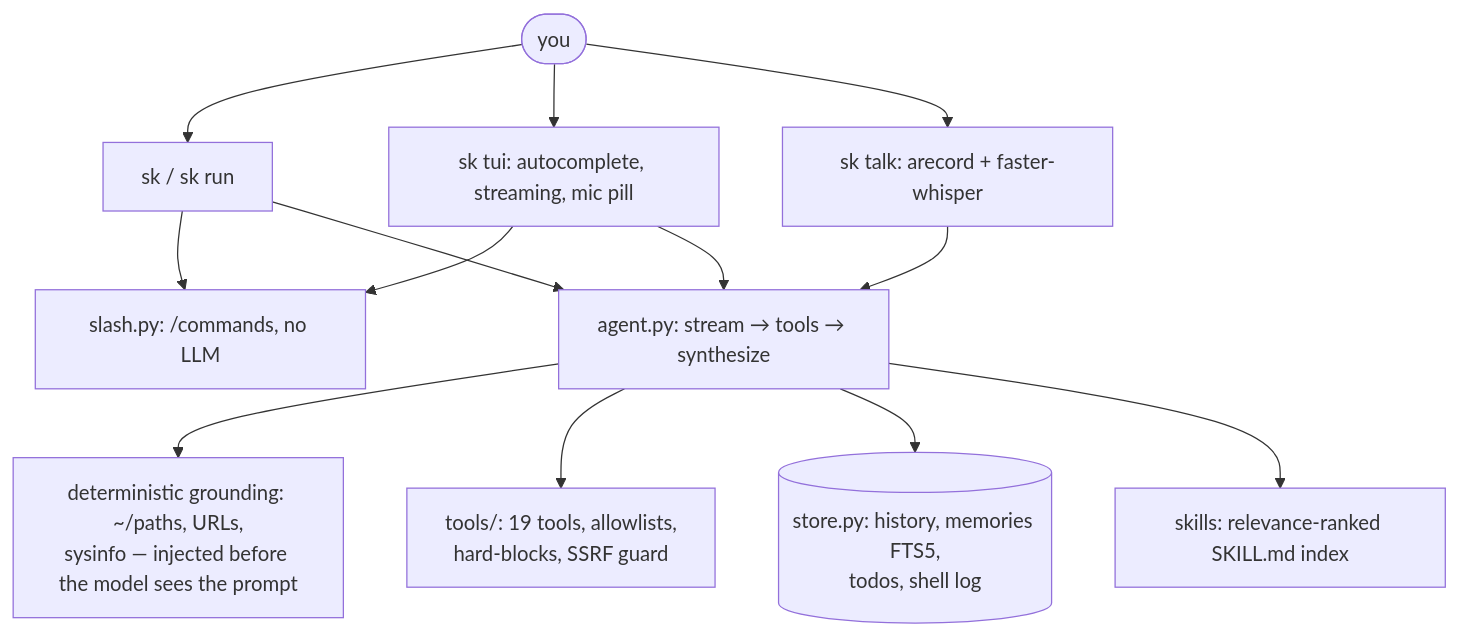
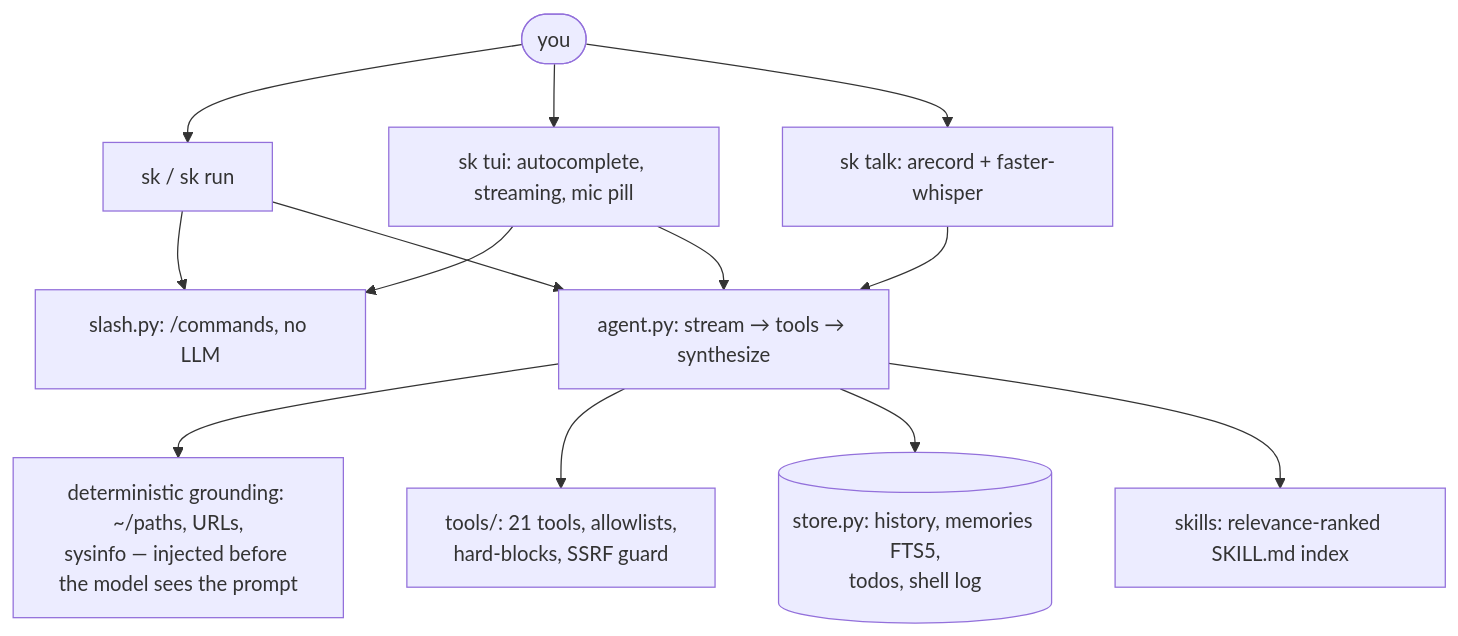
One commit to Faisal-Fayaz/sidekick changed the diagram in README.md. Above: the diagram before and after it, drawn with Mermaid. The commit also changed other lines of this file and 14 other files, not shown here.

````diff
--- a/README.md
+++ b/README.md
@@ -300,15 +305,15 @@
 ```mermaid
 flowchart TB
     U([you]) --> CLI[sk / sk run]
     U --> TUI[sk tui: autocomplete, streaming, mic pill]
     U --> VOICE[sk talk: arecord + faster-whisper]
     CLI --> SLASH[slash.py: /commands, no LLM]
     TUI --> SLASH
     VOICE --> AGENT
     CLI --> AGENT[agent.py: stream → tools → synthesize]
     TUI --> AGENT
     AGENT --> GROUND[deterministic grounding: ~/paths, URLs,\nsysinfo — injected before the model sees the prompt]
-    AGENT --> TOOLS[tools/: 19 tools, allowlists,\nhard-blocks, SSRF guard]
+    AGENT --> TOOLS[tools/: 21 tools, allowlists,\nhard-blocks, SSRF guard]
     AGENT --> MEM[(store.py: history, memories FTS5,\ntodos, shell log)]
     AGENT --> SKILLS[skills: relevance-ranked SKILL.md index]
 ```
````
